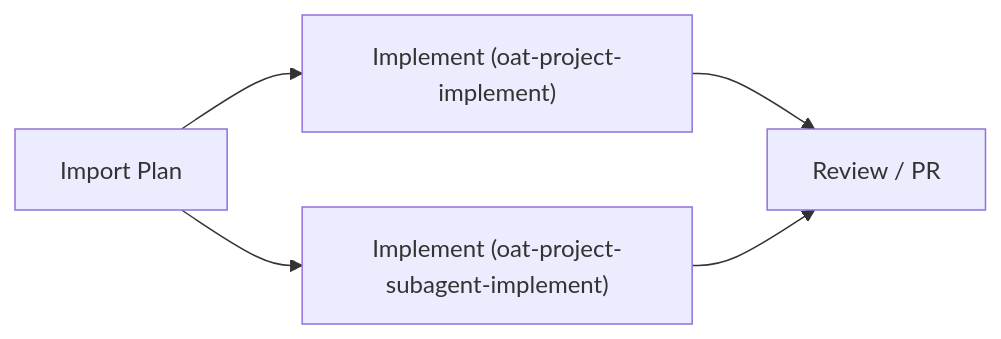
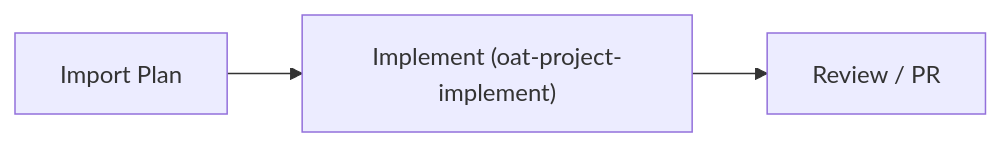
Before and after one commit to tkstang/open-agent-toolkit: the fourth of 5 diagrams in apps/oat-docs/docs/workflows/projects/lifecycle.md, drawn with Mermaid. The commit also changed other lines of this file and 90 other files, not shown here.

Commit message:
feat(oat): evolve oat-project-implement to phase-subagent model (#58)

````diff
--- a/apps/oat-docs/docs/workflows/projects/lifecycle.md
+++ b/apps/oat-docs/docs/workflows/projects/lifecycle.md
@@ -153,7 +148,5 @@
 ```mermaid
 flowchart LR
   I["Import Plan"] --> II1["Implement (oat-project-implement)"]
-  I --> II2["Implement (oat-project-subagent-implement)"]
   II1 --> IR["Review / PR"]
-  II2 --> IR
 ```
````
